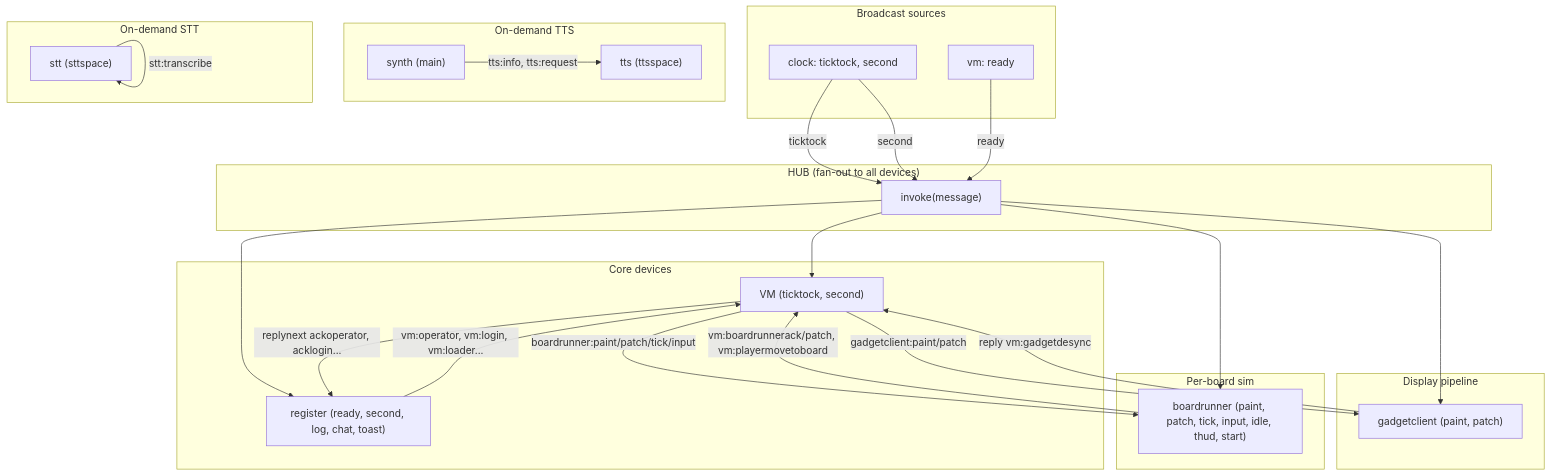
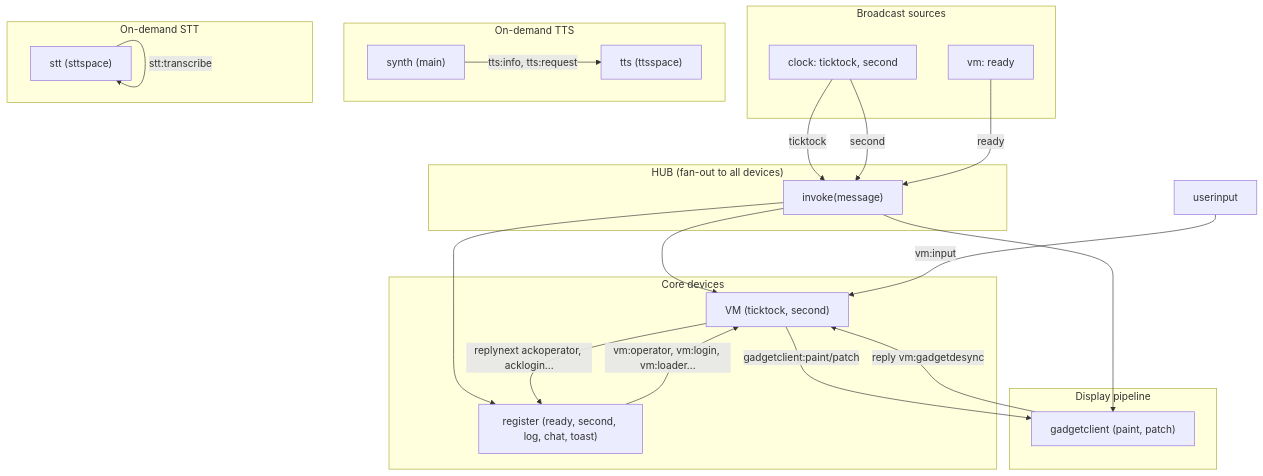
The diagram in zss/device/docs/message-flow.mdx (goldbuick/zed-software-system), drawn with Mermaid before and after one commit. The commit also changed other lines of this file and 340 other files, not shown here.

````diff
--- a/zss/device/docs/message-flow.mdx
+++ b/zss/device/docs/message-flow.mdx
@@ -11,53 +11,46 @@
 ```mermaid
 flowchart TB
     subgraph Hub["HUB (fan-out to all devices)"]
         invoke["invoke(message)"]
     end
 
     subgraph Broadcast["Broadcast sources"]
         Clock["clock: ticktock, second"]
         VM["vm: ready"]
     end
 
     subgraph Core["Core devices"]
         VM2["VM (ticktock, second)"]
         Register["register (ready, second, log, chat, toast)"]
     end
 
     subgraph Display["Display pipeline"]
         GadgetClient["gadgetclient (paint, patch)"]
     end
 
-    subgraph Sim["Per-board sim"]
-        BoardRunner["boardrunner (paint, patch, tick, input, idle, thud, start)"]
-    end
-
     subgraph TTS["On-demand TTS"]
         Synth["synth (main)"]
         TTSDev["tts (ttsspace)"]
     end
 
     subgraph STT["On-demand STT"]
         STTDev["stt (sttspace)"]
     end
 
     Clock -->|ticktock| invoke
     Clock -->|second| invoke
     VM -->|ready| invoke
 
     invoke --> VM2
     invoke --> Register
     invoke --> GadgetClient
-    invoke --> BoardRunner
 
     Register -->|vm:operator, vm:login, vm:loader...| VM2
+    userinput["userinput"] -->|vm:input| VM2
     VM2 -->|replynext ackoperator, acklogin...| Register
     Synth -->|tts:info, tts:request| TTSDev
     STTDev -->|stt:transcribe| STTDev
 
     VM2 -->|gadgetclient:paint/patch| GadgetClient
     GadgetClient -->|reply vm:gadgetdesync| VM2
-
-    VM2 -->|boardrunner:paint/patch/tick/input| BoardRunner
-    BoardRunner -->|vm:boardrunnerack/patch, vm:playermovetoboard| VM2
 ```
````
